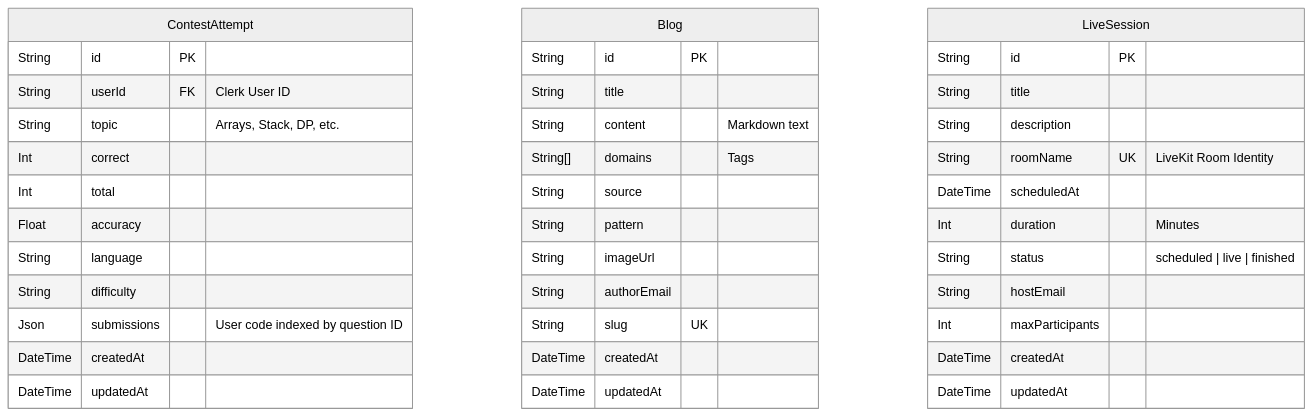
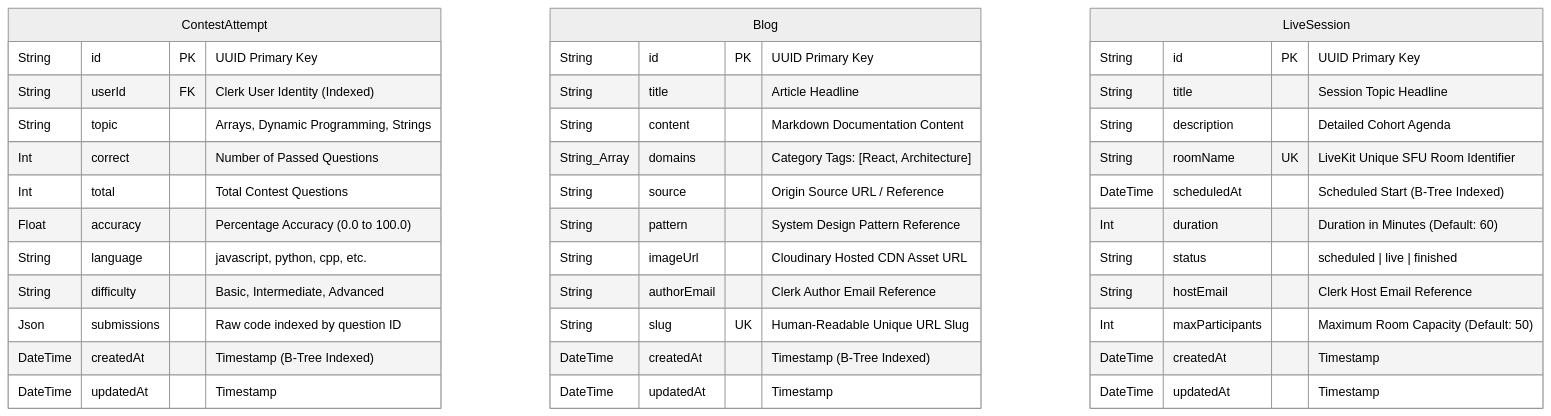
Diagram 14 of 21 in README.md (DevSars24/codeify), drawn with Mermaid (neutral theme) before and after one commit. The commit also changed other lines of this file, not shown here.

````diff
--- a/README.md
+++ b/README.md
@@ -197,42 +501,44 @@
 ```mermaid
 erDiagram
     ContestAttempt {
-        String id PK
-        String userId FK "Clerk User ID"
-        String topic "Arrays, Stack, DP, etc."
-        Int correct
-        Int total
-        Float accuracy
-        String language
-        String difficulty
-        Json submissions "User code indexed by question ID"
-        DateTime createdAt
-        DateTime updatedAt
+        String id PK "UUID Primary Key"
+        String userId FK "Clerk User Identity (Indexed)"
+        String topic "Arrays, Dynamic Programming, Strings"
+        Int correct "Number of Passed Questions"
+        Int total "Total Contest Questions"
+        Float accuracy "Percentage Accuracy (0.0 to 100.0)"
+        String language "javascript, python, cpp, etc."
+        String difficulty "Basic, Intermediate, Advanced"
+        Json submissions "Raw code indexed by question ID"
+        DateTime createdAt "Timestamp (B-Tree Indexed)"
+        DateTime updatedAt "Timestamp"
     }
+
     Blog {
-        String id PK
-        String title
-        String content "Markdown text"
-        String[] domains "Tags"
-        String source
-        String pattern
-        String imageUrl
-        String authorEmail
-        String slug UK
-        DateTime createdAt
-        DateTime updatedAt
+        String id PK "UUID Primary Key"
+        String title "Article Headline"
+        String content "Markdown Documentation Content"
+        String_Array domains "Category Tags: [React, Architecture]"
+        String source "Origin Source URL / Reference"
+        String pattern "System Design Pattern Reference"
+        String imageUrl "Cloudinary Hosted CDN Asset URL"
+        String authorEmail "Clerk Author Email Reference"
+        String slug UK "Human-Readable Unique URL Slug"
+        DateTime createdAt "Timestamp (B-Tree Indexed)"
+        DateTime updatedAt "Timestamp"
     }
+
     LiveSession {
-        String id PK
-        String title
-        String description
-        String roomName UK "LiveKit Room Identity"
-        DateTime scheduledAt
-        Int duration "Minutes"
+        String id PK "UUID Primary Key"
+        String title "Session Topic Headline"
+        String description "Detailed Cohort Agenda"
+        String roomName UK "LiveKit Unique SFU Room Identifier"
+        DateTime scheduledAt "Scheduled Start (B-Tree Indexed)"
+        Int duration "Duration in Minutes (Default: 60)"
         String status "scheduled | live | finished"
-        String hostEmail
-        Int maxParticipants
-        DateTime createdAt
-        DateTime updatedAt
+        String hostEmail "Clerk Host Email Reference"
+        Int maxParticipants "Maximum Room Capacity (Default: 50)"
+        DateTime createdAt "Timestamp"
+        DateTime updatedAt "Timestamp"
     }
 ```
````
